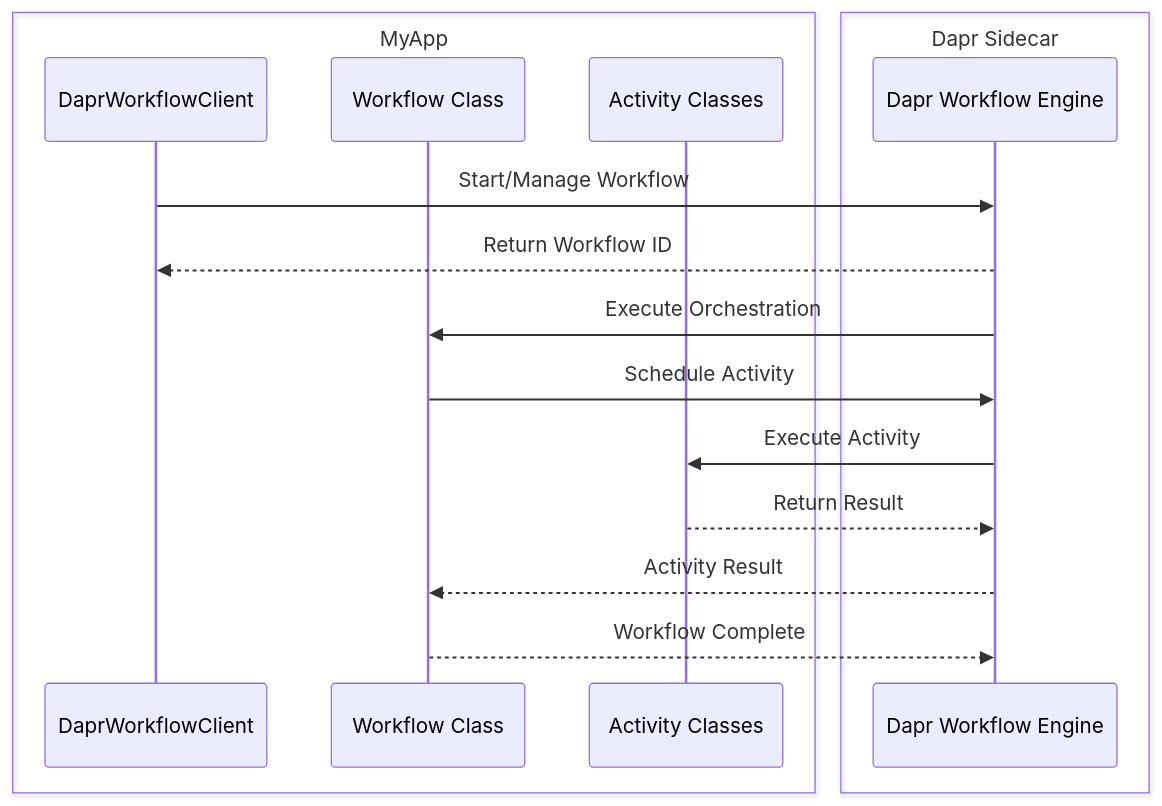
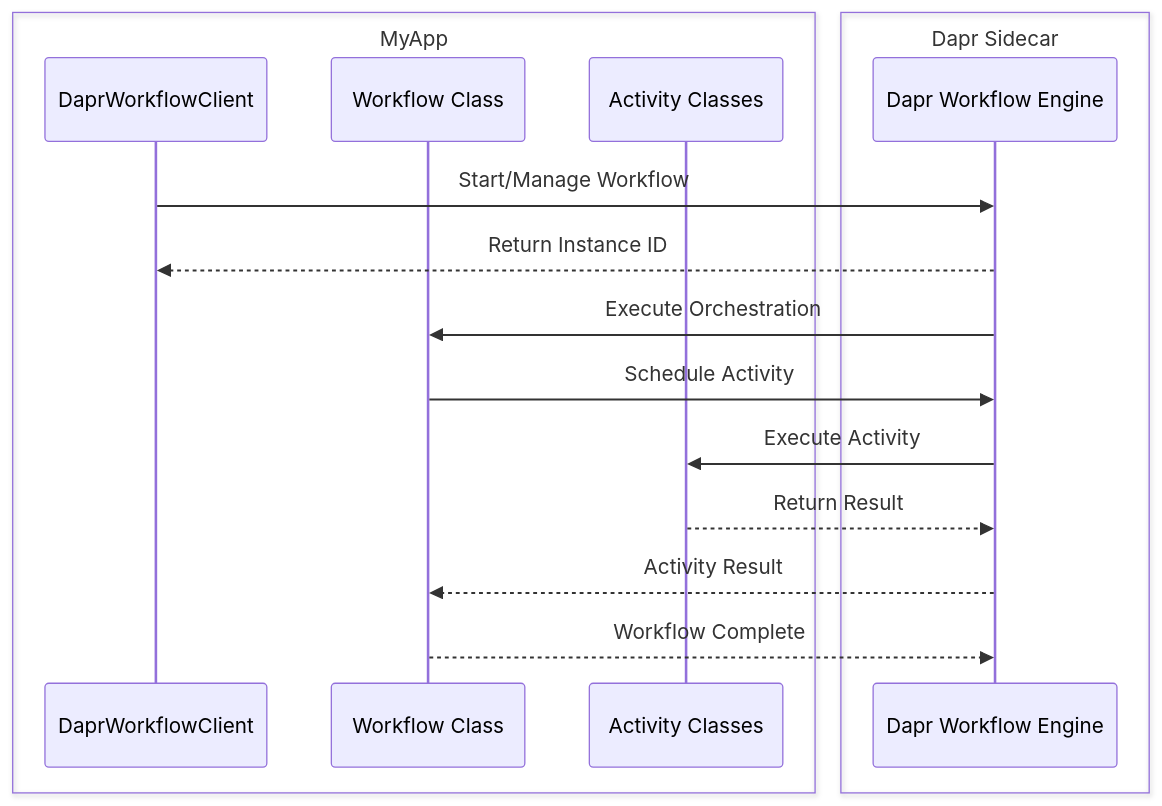
Before and after one commit to diagrid-labs/dapr-reliable-agentic-systems: the diagram in .demo/slides/04-dapr-workflow/04-05-workflow-sequence-diagram.md, drawn with Mermaid. The commit also changed 14 other files, not shown here.

````diff
--- a/.demo/slides/04-dapr-workflow/04-05-workflow-sequence-diagram.md
+++ b/.demo/slides/04-dapr-workflow/04-05-workflow-sequence-diagram.md
@@ -8,20 +8,20 @@
 ```mermaid
 sequenceDiagram
     box MyApp
         participant Client as DaprWorkflowClient
         participant Workflow as Workflow Class
         participant Activity as Activity Classes
     end
     box Dapr Sidecar
         participant Engine as Dapr Workflow Engine
     end
 
     Client->>Engine: Start/Manage Workflow
-    Engine-->>Client: Return Workflow ID
+    Engine-->>Client: Return Instance ID
     Engine->>Workflow: Execute Orchestration
     Workflow->>Engine: Schedule Activity
     Engine->>Activity: Execute Activity
     Activity-->>Engine: Return Result
     Engine-->>Workflow: Activity Result
     Workflow-->>Engine: Workflow Complete
 ```
````
